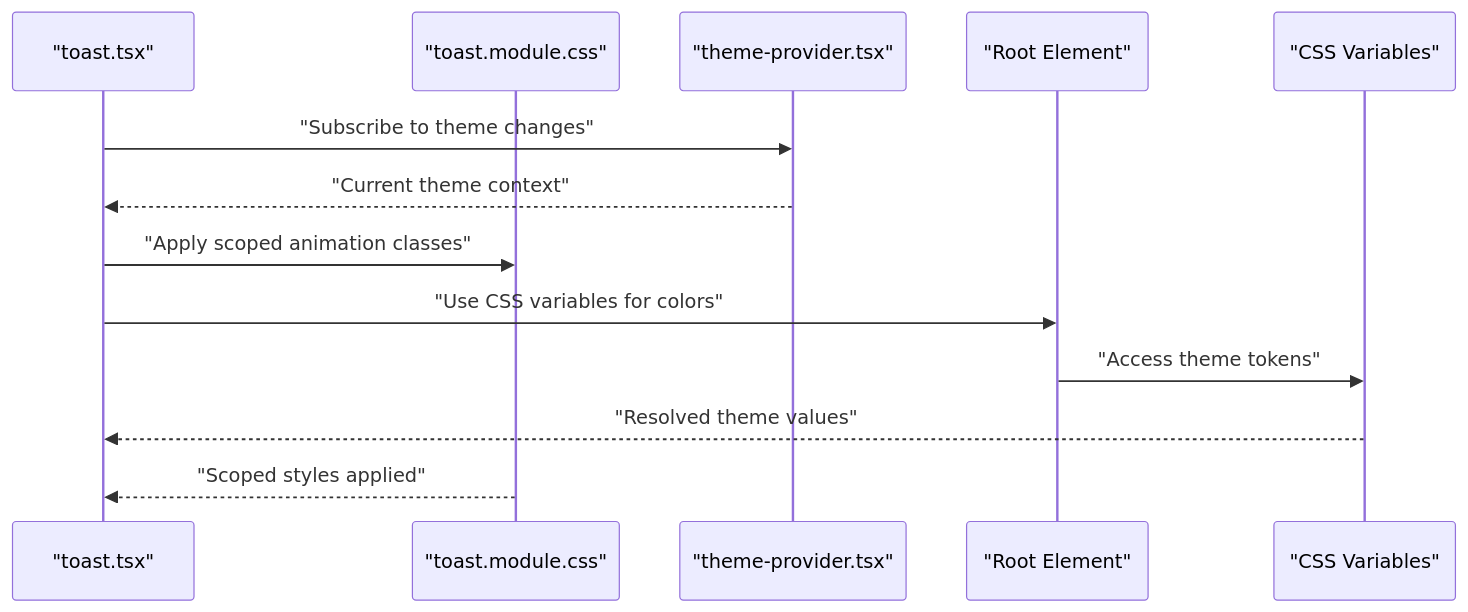
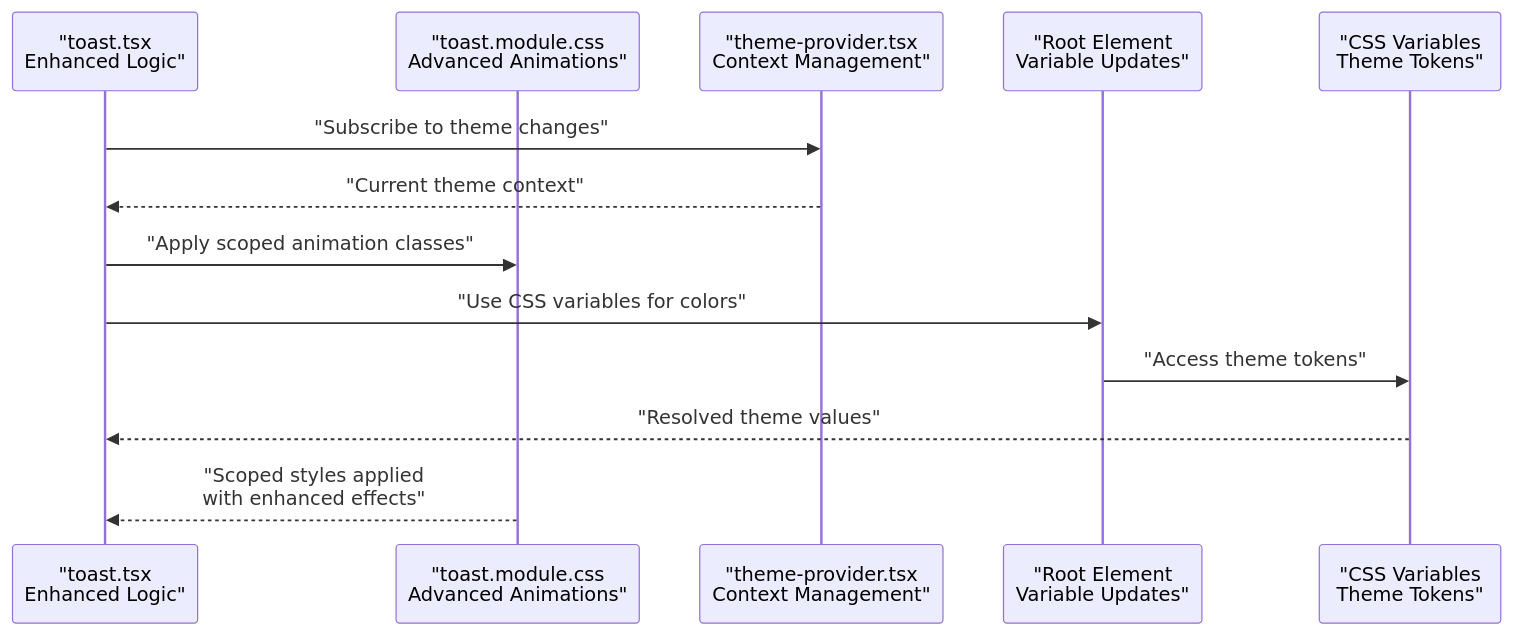
Before and after one commit to HassanAmeer/cheaprouter: the fifth of 10 diagrams in .qoder/repowiki/en/content/Frontend Architecture/Styling System.md, drawn with Mermaid. The commit also changed other lines of this file and 10 other files, not shown here.

````diff
--- a/.qoder/repowiki/en/content/Frontend Architecture/Styling System.md
+++ b/.qoder/repowiki/en/content/Frontend Architecture/Styling System.md
@@ -285,15 +289,15 @@
 ```mermaid
 sequenceDiagram
-participant Comp as "toast.tsx"
-participant Mod as "toast.module.css"
-participant Theme as "theme-provider.tsx"
-participant Root as "Root Element"
-participant CSSVars as "CSS Variables"
+participant Comp as "toast.tsx<br/>Enhanced Logic"
+participant Mod as "toast.module.css<br/>Advanced Animations"
+participant Theme as "theme-provider.tsx<br/>Context Management"
+participant Root as "Root Element<br/>Variable Updates"
+participant CSSVars as "CSS Variables<br/>Theme Tokens"
 Comp->>Theme : "Subscribe to theme changes"
 Theme-->>Comp : "Current theme context"
 Comp->>Mod : "Apply scoped animation classes"
 Comp->>Root : "Use CSS variables for colors"
 Root->>CSSVars : "Access theme tokens"
 CSSVars-->>Comp : "Resolved theme values"
-Mod-->>Comp : "Scoped styles applied"
+Mod-->>Comp : "Scoped styles applied<br/>with enhanced effects"
 ```
````
